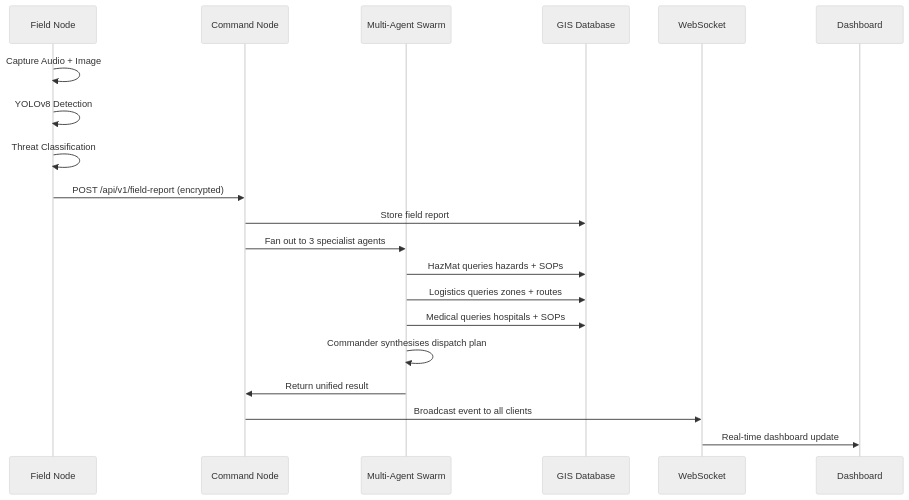
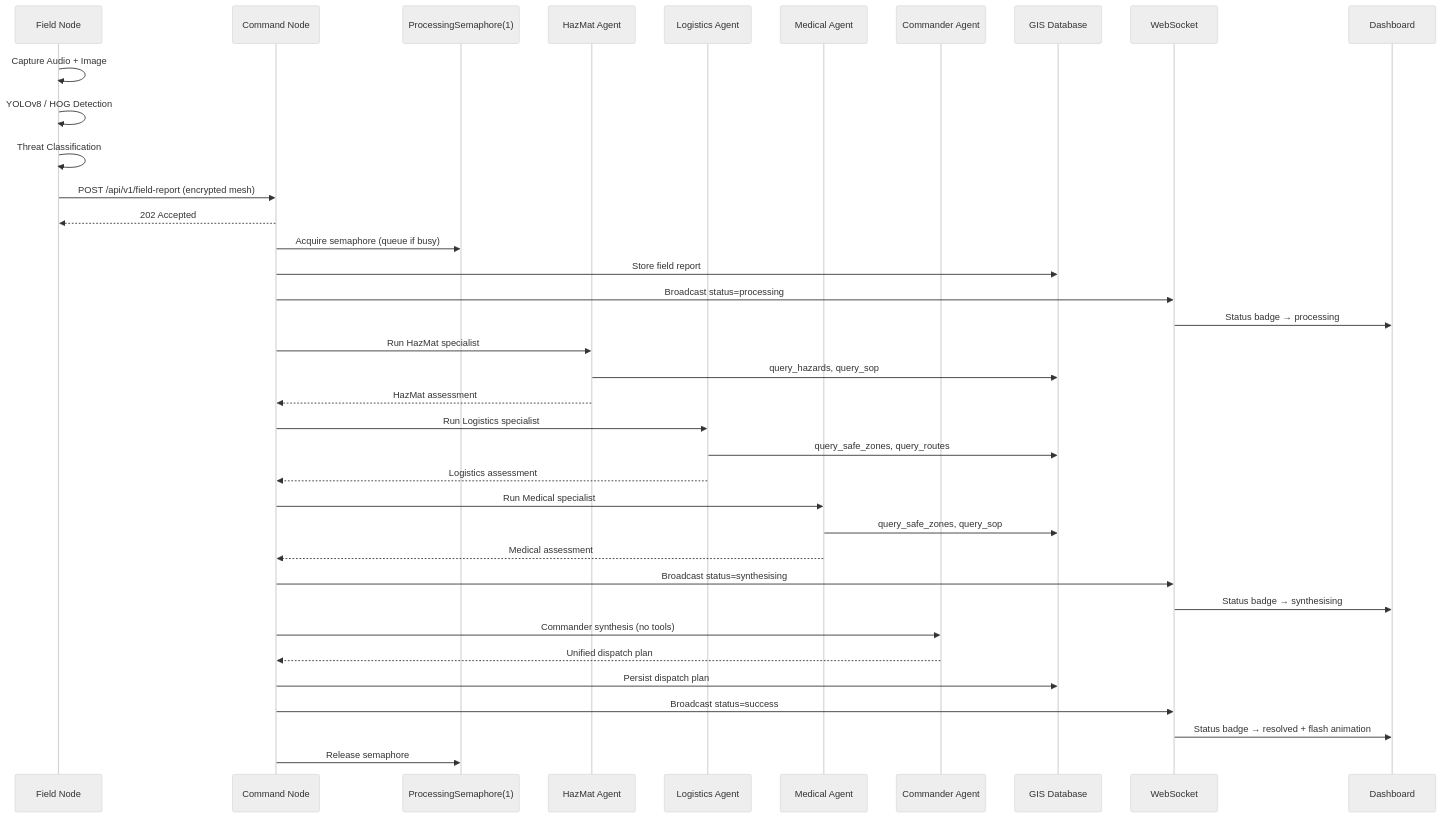
One commit to VHarshedh/Gemma4Hack changed the diagram in architecture.md. Above: the diagram before and after it, drawn with Mermaid (neutral theme). The commit also changed other lines of this file and 24 other files, not shown here.

````diff
--- a/architecture.md
+++ b/architecture.md
@@ -122,23 +202,46 @@
 ```mermaid
 sequenceDiagram
     participant FN as Field Node
     participant CN as Command Node
-    participant MA as Multi-Agent Swarm
+    participant SEM as ProcessingSemaphore(1)
+    participant HM as HazMat Agent
+    participant LG as Logistics Agent
+    participant MD as Medical Agent
+    participant CM as Commander Agent
     participant DB as GIS Database
     participant WS as WebSocket
     participant UI as Dashboard
 
     FN->>FN: Capture Audio + Image
-    FN->>FN: YOLOv8 Detection
+    FN->>FN: YOLOv8 / HOG Detection
     FN->>FN: Threat Classification
-    FN->>CN: POST /api/v1/field-report (encrypted)
+    FN->>CN: POST /api/v1/field-report (encrypted mesh)
+    CN-->>FN: 202 Accepted
+    CN->>SEM: Acquire semaphore (queue if busy)
     CN->>DB: Store field report
-    CN->>MA: Fan out to 3 specialist agents
-    MA->>DB: HazMat queries hazards + SOPs
-    MA->>DB: Logistics queries zones + routes
-    MA->>DB: Medical queries hospitals + SOPs
-    MA->>MA: Commander synthesises dispatch plan
-    MA->>CN: Return unified result
-    CN->>WS: Broadcast event to all clients
-    WS->>UI: Real-time dashboard update
+    CN->>WS: Broadcast status=processing
+    WS->>UI: Status badge → processing
+
+    CN->>HM: Run HazMat specialist
+    HM->>DB: query_hazards, query_sop
+    HM-->>CN: HazMat assessment
+
+    CN->>LG: Run Logistics specialist
+    LG->>DB: query_safe_zones, query_routes
+    LG-->>CN: Logistics assessment
+
+    CN->>MD: Run Medical specialist
+    MD->>DB: query_safe_zones, query_sop
+    MD-->>CN: Medical assessment
+
+    CN->>WS: Broadcast status=synthesising
+    WS->>UI: Status badge → synthesising
+
+    CN->>CM: Commander synthesis (no tools)
+    CM-->>CN: Unified dispatch plan
+
+    CN->>DB: Persist dispatch plan
+    CN->>WS: Broadcast status=success
+    WS->>UI: Status badge → resolved + flash animation
+    CN->>SEM: Release semaphore
 ```
````
